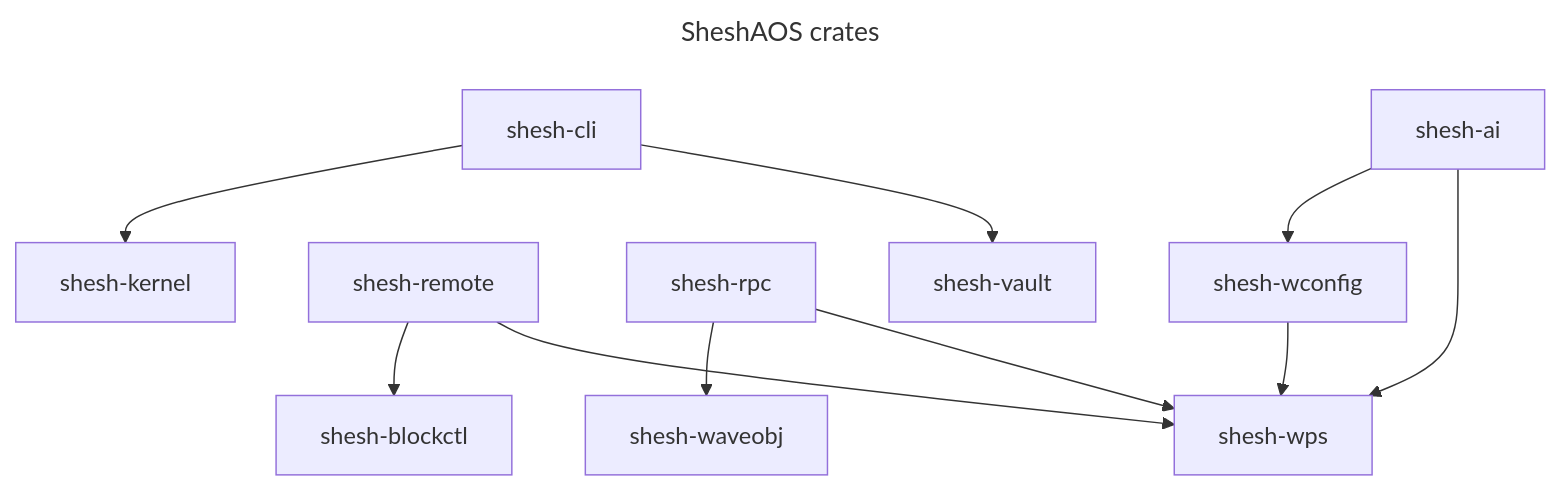
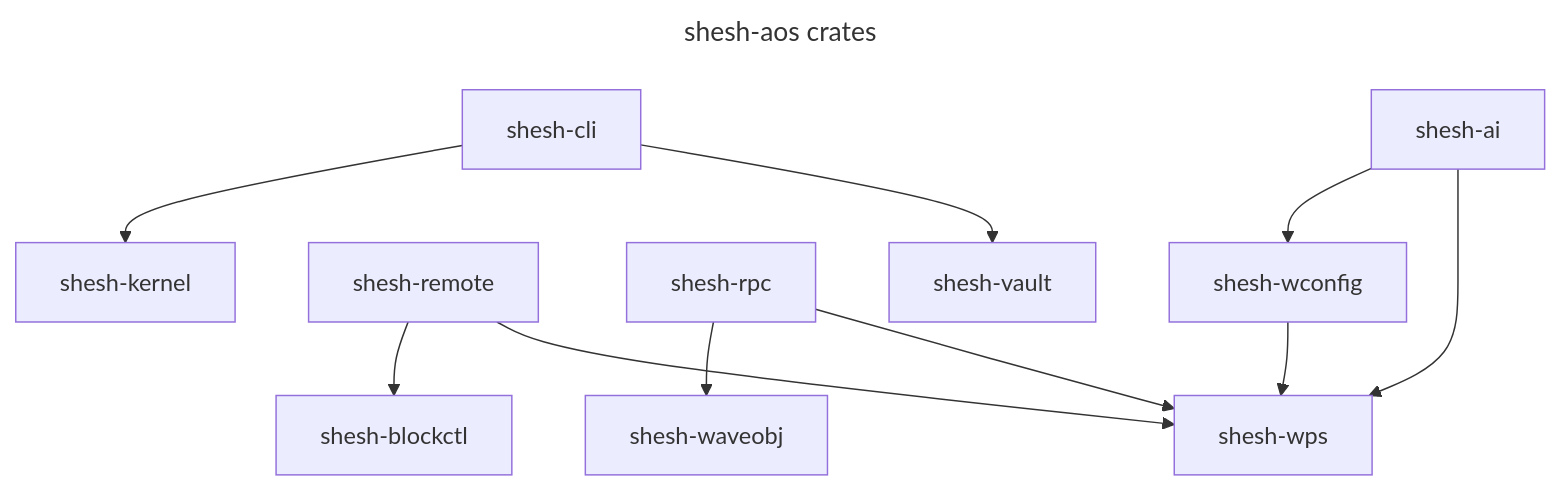
One commit to gaganjainse/sesha-ecosystem changed the first of 2 diagrams in docs/architecture/dependency-graph.md. Above: the diagram before and after it, drawn with Mermaid. The commit also changed other lines of this file and 12 other files, not shown here.

````diff
--- a/docs/architecture/dependency-graph.md
+++ b/docs/architecture/dependency-graph.md
@@ -10,25 +10,25 @@
 ```mermaid
 ---
-title: SheshAOS crates
+title: shesh-aos crates
 ---
 graph TD
     shesh_ai["shesh-ai"]
     shesh_blockctl["shesh-blockctl"]
     shesh_cli["shesh-cli"]
     shesh_kernel["shesh-kernel"]
     shesh_remote["shesh-remote"]
     shesh_rpc["shesh-rpc"]
     shesh_vault["shesh-vault"]
     shesh_waveobj["shesh-waveobj"]
     shesh_wconfig["shesh-wconfig"]
     shesh_wps["shesh-wps"]
     shesh_ai --> shesh_wconfig
     shesh_ai --> shesh_wps
     shesh_cli --> shesh_kernel
     shesh_cli --> shesh_vault
     shesh_remote --> shesh_blockctl
     shesh_remote --> shesh_wps
     shesh_rpc --> shesh_waveobj
     shesh_rpc --> shesh_wps
     shesh_wconfig --> shesh_wps
 ```
````
